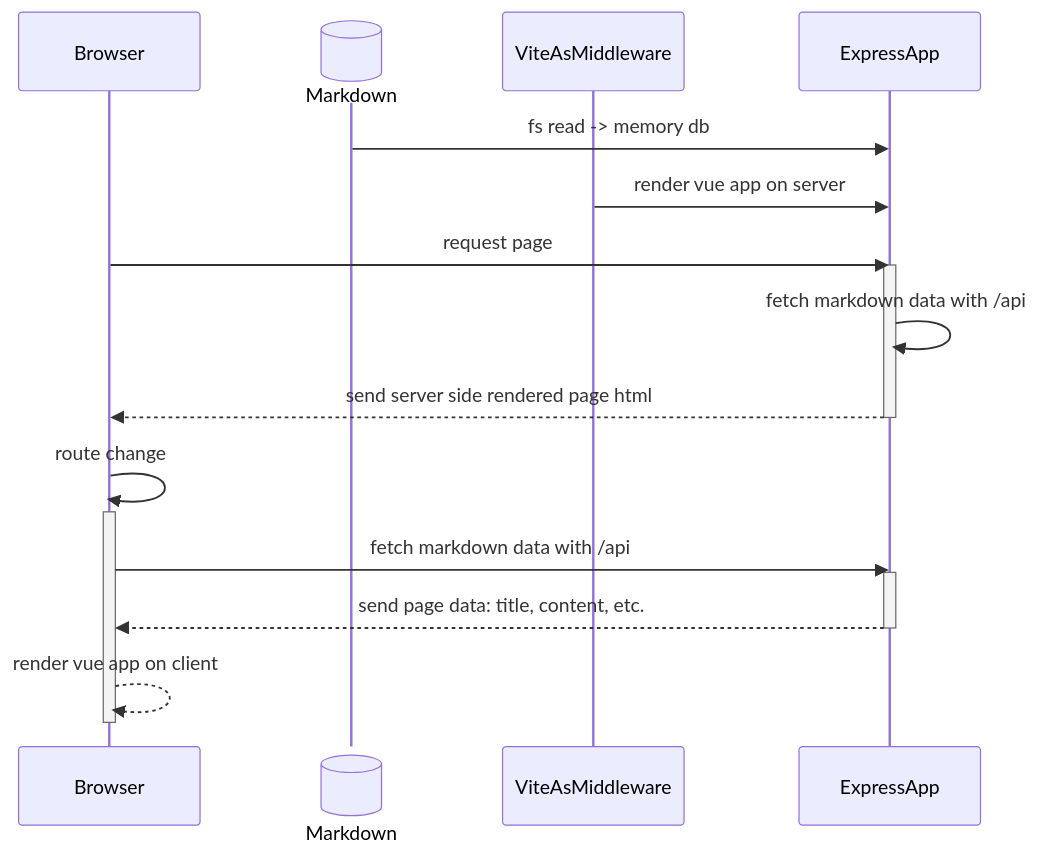
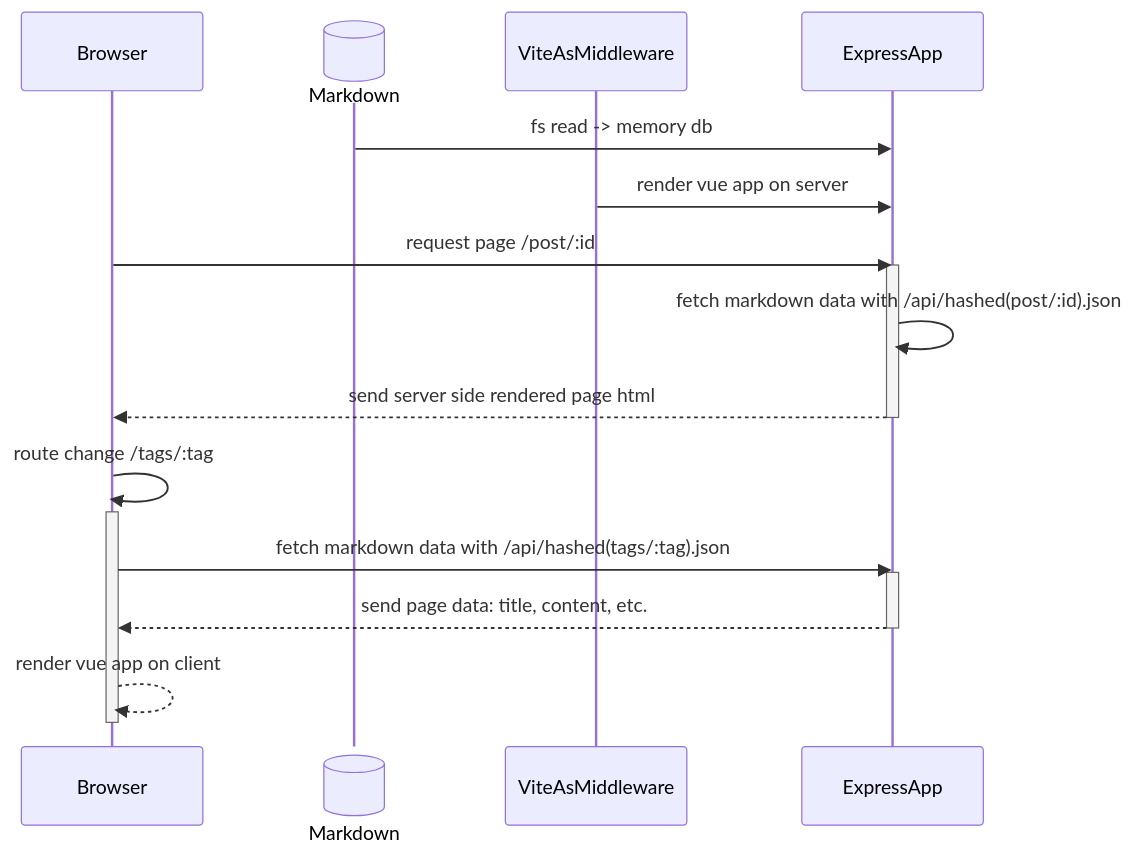
Before and after one commit to daief/blog: the first of 2 diagrams in source/posts/2025/1103-blog-upgrade-2025.md, drawn with Mermaid. The commit also changed other lines of this file and 4 other files, not shown here.

````diff
--- a/source/posts/2025/1103-blog-upgrade-2025.md
+++ b/source/posts/2025/1103-blog-upgrade-2025.md
@@ -30,27 +28,27 @@
 ```mermaid
 sequenceDiagram
   participant Browser
   participant Markdown@{ "type" : "database" }
   participant ViteAsMiddleware
   participant ExpressApp
 
   Markdown->>ExpressApp: fs read -> memory db
   ViteAsMiddleware->>ExpressApp: render vue app on server
 
-  Browser->>ExpressApp: request page
+  Browser->>ExpressApp: request page /post/:id
   activate ExpressApp
-  ExpressApp->>ExpressApp: fetch markdown data with /api
+  ExpressApp->>ExpressApp: fetch markdown data with /api/hashed(post/:id).json
   ExpressApp-->>Browser: send server side rendered page html
   deactivate ExpressApp
 
-  Browser->>Browser: route change
+  Browser->>Browser: route change /tags/:tag
   activate Browser
 
-  Browser->>ExpressApp: fetch markdown data with /api
+  Browser->>ExpressApp: fetch markdown data with /api/hashed(tags/:tag).json
   activate ExpressApp
   ExpressApp-->>Browser: send page data: title, content, etc.
   deactivate ExpressApp
 
   Browser-->>Browser: render vue app on client
   deactivate Browser
 ```
````
